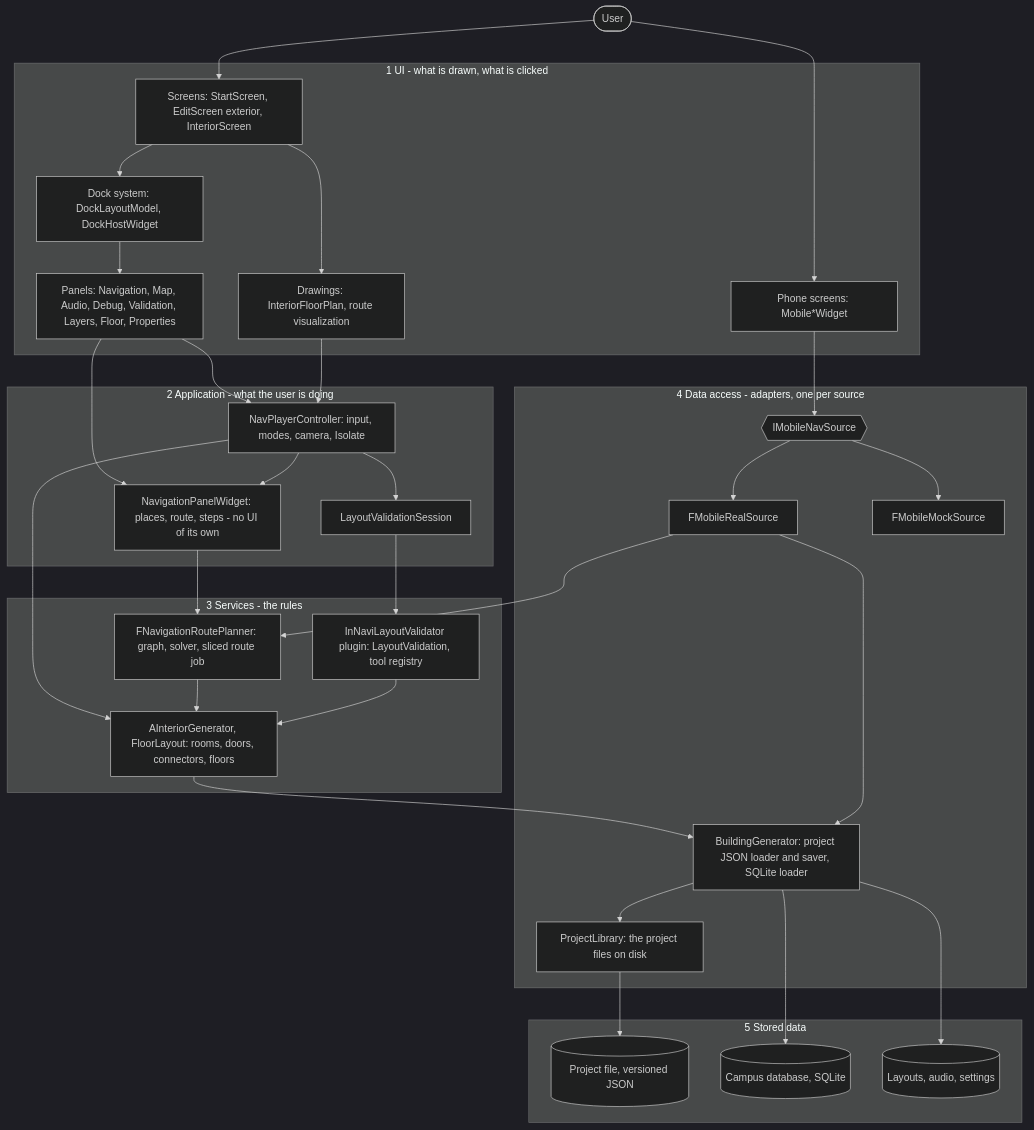
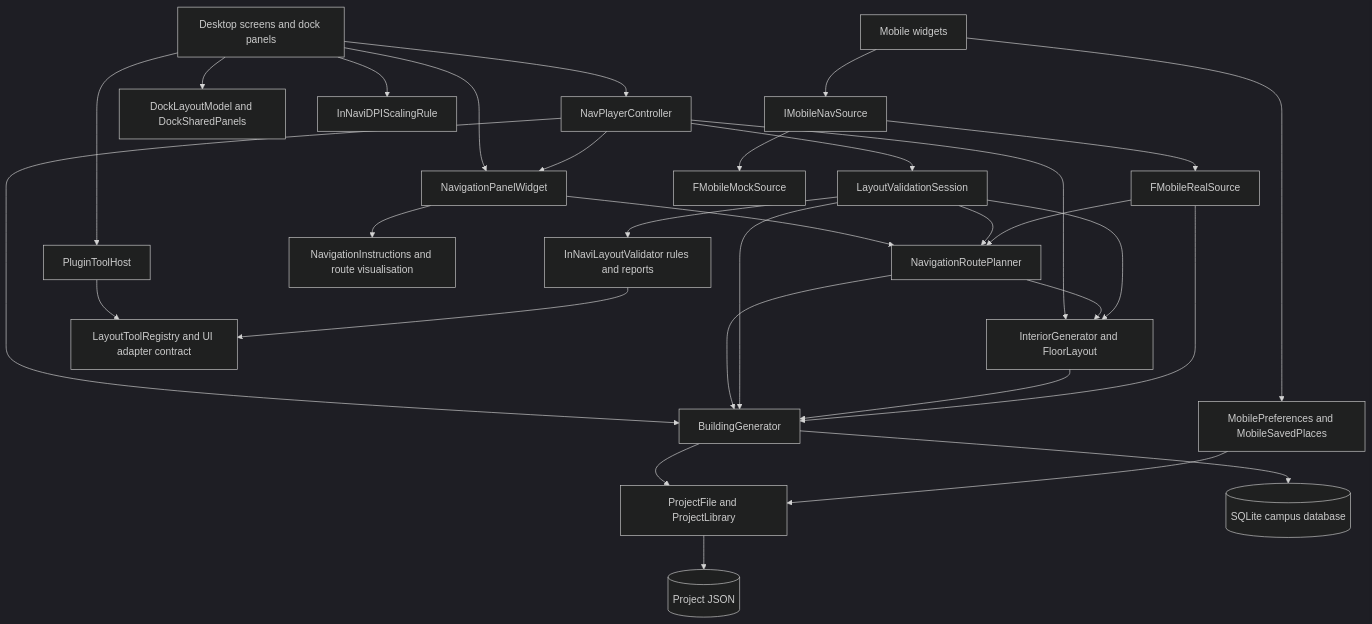
The diagram in docs/architecture.md (GYQ-SIT/Pathfinder-InNav), drawn with Mermaid (dark theme) before and after one commit. The commit also changed other lines of this file, not shown here.

First line of the commit message:
Updated architecture.md

````diff
--- a/docs/architecture.md
+++ b/docs/architecture.md
@@ -65,63 +64,33 @@
 ```mermaid
 flowchart TD
-    User([User])
-
-    subgraph L1[1 UI - what is drawn, what is clicked]
-        Screens[Screens: StartScreen, EditScreen exterior, InteriorScreen]
-        Dock[Dock system: DockLayoutModel, DockHostWidget]
-        Panels[Panels: Navigation, Map, Audio, Debug, Validation, Layers, Floor, Properties]
-        Plan[Drawings: InteriorFloorPlan, route visualization]
-        PhoneUI[Phone screens: Mobile*Widget]
-    end
-
-    subgraph L2[2 Application - what the user is doing]
-        PC[NavPlayerController: input, modes, camera, Isolate]
-        NavState[NavigationPanelWidget: places, route, steps - no UI of its own]
-        Session[LayoutValidationSession]
-    end
-
-    subgraph L3[3 Services - the rules]
-        Planner[FNavigationRoutePlanner: graph, solver, sliced route job]
-        Gen[AInteriorGenerator, FloorLayout: rooms, doors, connectors, floors]
-        Check[InNaviLayoutValidator plugin: LayoutValidation, tool registry]
-    end
-
-    subgraph L4[4 Data access - adapters, one per source]
-        Loader[BuildingGenerator: project JSON loader and saver, SQLite loader]
-        Lib[ProjectLibrary: the project files on disk]
-        Source{{IMobileNavSource}}
-        Real[FMobileRealSource]
-        Mock[FMobileMockSource]
-    end
-
-    subgraph L5[5 Stored data]
-        JSON[(Project file, versioned JSON)]
-        DB[(Campus database, SQLite)]
-        Files[(Layouts, audio, settings)]
-    end
-
-    User --> Screens
-    Screens --> Dock --> Panels
-    Screens --> Plan
-    User --> PhoneUI
-    Panels --> PC
-    Panels --> NavState
-    Plan --> PC
-    PhoneUI --> Source
-    PC --> NavState
-    PC --> Session
-    NavState --> Planner
-    PC --> Gen
-    Session --> Check
+    Screens[Desktop screens and dock panels] --> PC[NavPlayerController]
+    Screens --> Dock[DockLayoutModel and DockSharedPanels]
+    Screens --> Nav[NavigationPanelWidget]
+    Screens --> Host[PluginToolHost]
+    Screens --> DPI[InNaviDPIScalingRule]
+    PC --> Nav
+    PC --> Gen[InteriorGenerator and FloorLayout]
+    PC --> Data[BuildingGenerator]
+    PC --> Session[LayoutValidationSession]
+    Nav --> Planner[NavigationRoutePlanner]
+    Nav --> Guidance[NavigationInstructions and route visualisation]
     Planner --> Gen
-    Check --> Gen
-    Gen --> Loader
-    Loader --> Lib
-    Lib --> JSON
-    Loader --> DB
-    Loader --> Files
-    Source --> Real
-    Source --> Mock
+    Planner --> Data
+    Session --> Gen
+    Session --> Data
+    Session --> Planner
+    Session --> Plugin[InNaviLayoutValidator rules and reports]
+    Host --> Registry[LayoutToolRegistry and UI adapter contract]
+    Plugin --> Registry
+    Gen --> Data
+    Data --> Files[ProjectFile and ProjectLibrary]
+    Data --> DB[(SQLite campus database)]
+    Files --> JSON[(Project JSON)]
+    Phone[Mobile widgets] --> Source[IMobileNavSource]
+    Source --> Real[FMobileRealSource]
+    Source --> Mock[FMobileMockSource]
+    Real --> Data
     Real --> Planner
-    Real --> Loader
+    Phone --> Prefs[MobilePreferences and MobileSavedPlaces]
+    Prefs --> Files
 ```
````
